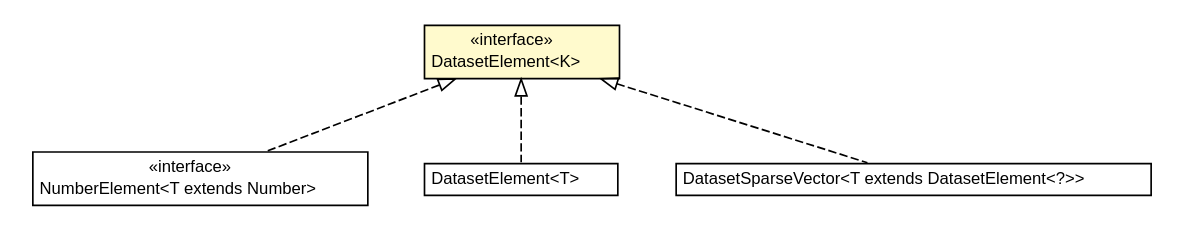
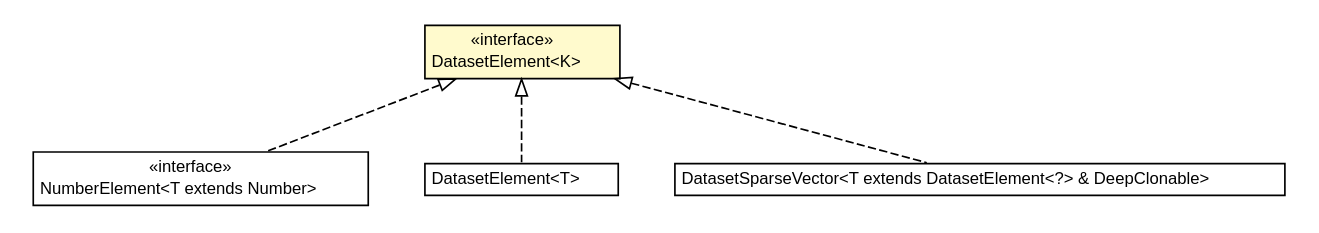
Before and after one commit to UnicaLabs-CS/Foresee: the diagram in docs/it/unica/foresee/datasets/interfaces/DatasetElement.dot, drawn with Graphviz. The commit also changed 200 other files, not shown here.

```diff
--- a/docs/it/unica/foresee/datasets/interfaces/DatasetElement.dot
+++ b/docs/it/unica/foresee/datasets/interfaces/DatasetElement.dot
@@ -1,44 +1,44 @@
 #!/usr/local/bin/dot
 #
 # Class diagram 
 # Generated by UMLGraph version 5.2 (http://www.umlgraph.org/)
 #
 
 digraph G {
 	edge [fontname="Helvetica",fontsize=10,labelfontname="Helvetica",labelfontsize=10];
 	node [fontname="Helvetica",fontsize=10,shape=plaintext];
 	nodesep=0.25;
 	ranksep=0.5;
 	// it.unica.foresee.datasets.interfaces.DatasetElement<K>
-	c699 [label=<<table title="it.unica.foresee.datasets.interfaces.DatasetElement" border="0" cellborder="1" cellspacing="0" cellpadding="2" port="p" bgcolor="lemonChiffon" href="./DatasetElement.html">
+	c862 [label=<<table title="it.unica.foresee.datasets.interfaces.DatasetElement" border="0" cellborder="1" cellspacing="0" cellpadding="2" port="p" bgcolor="lemonChiffon" href="./DatasetElement.html">
 		<tr><td><table border="0" cellspacing="0" cellpadding="1">
 <tr><td align="center" balign="center"> &#171;interface&#187; </td></tr>
 <tr><td align="center" balign="center"> DatasetElement&lt;K&gt; </td></tr>
 		</table></td></tr>
 		</table>>, fontname="Helvetica", fontcolor="black", fontsize=10.0];
 	// it.unica.foresee.datasets.interfaces.NumberElement<T extends java.lang.Number>
-	c702 [label=<<table title="it.unica.foresee.datasets.interfaces.NumberElement" border="0" cellborder="1" cellspacing="0" cellpadding="2" port="p" href="./NumberElement.html">
+	c866 [label=<<table title="it.unica.foresee.datasets.interfaces.NumberElement" border="0" cellborder="1" cellspacing="0" cellpadding="2" port="p" href="./NumberElement.html">
 		<tr><td><table border="0" cellspacing="0" cellpadding="1">
 <tr><td align="center" balign="center"> &#171;interface&#187; </td></tr>
 <tr><td align="center" balign="center"> NumberElement&lt;T extends Number&gt; </td></tr>
 		</table></td></tr>
 		</table>>, fontname="Helvetica", fontcolor="black", fontsize=10.0];
 	// it.unica.foresee.datasets.DatasetElement<T>
-	c707 [label=<<table title="it.unica.foresee.datasets.DatasetElement" border="0" cellborder="1" cellspacing="0" cellpadding="2" port="p" href="../DatasetElement.html">
+	c872 [label=<<table title="it.unica.foresee.datasets.DatasetElement" border="0" cellborder="1" cellspacing="0" cellpadding="2" port="p" href="../DatasetElement.html">
 		<tr><td><table border="0" cellspacing="0" cellpadding="1">
 <tr><td align="center" balign="center"> DatasetElement&lt;T&gt; </td></tr>
 		</table></td></tr>
 		</table>>, fontname="Helvetica", fontcolor="black", fontsize=10.0];
-	// it.unica.foresee.datasets.DatasetSparseVector<T extends it.unica.foresee.datasets.interfaces.DatasetElement<?>>
-	c711 [label=<<table title="it.unica.foresee.datasets.DatasetSparseVector" border="0" cellborder="1" cellspacing="0" cellpadding="2" port="p" href="../DatasetSparseVector.html">
+	// it.unica.foresee.datasets.DatasetSparseVector<T extends it.unica.foresee.datasets.interfaces.DatasetElement<?> & it.unica.foresee.datasets.interfaces.DeepClonable>
+	c876 [label=<<table title="it.unica.foresee.datasets.DatasetSparseVector" border="0" cellborder="1" cellspacing="0" cellpadding="2" port="p" href="../DatasetSparseVector.html">
 		<tr><td><table border="0" cellspacing="0" cellpadding="1">
-<tr><td align="center" balign="center"> DatasetSparseVector&lt;T extends DatasetElement&lt;?&gt;&gt; </td></tr>
+<tr><td align="center" balign="center"> DatasetSparseVector&lt;T extends DatasetElement&lt;?&gt; &amp; DeepClonable&gt; </td></tr>
 		</table></td></tr>
 		</table>>, fontname="Helvetica", fontcolor="black", fontsize=10.0];
 	//it.unica.foresee.datasets.interfaces.NumberElement<T extends java.lang.Number> implements it.unica.foresee.datasets.interfaces.DatasetElement<K>
-	c699:p -> c702:p [dir=back,arrowtail=empty,style=dashed];
+	c862:p -> c866:p [dir=back,arrowtail=empty,style=dashed];
 	//it.unica.foresee.datasets.DatasetElement<T> implements it.unica.foresee.datasets.interfaces.DatasetElement<K>
-	c699:p -> c707:p [dir=back,arrowtail=empty,style=dashed];
-	//it.unica.foresee.datasets.DatasetSparseVector<T extends it.unica.foresee.datasets.interfaces.DatasetElement<?>> implements it.unica.foresee.datasets.interfaces.DatasetElement<K>
-	c699:p -> c711:p [dir=back,arrowtail=empty,style=dashed];
+	c862:p -> c872:p [dir=back,arrowtail=empty,style=dashed];
+	//it.unica.foresee.datasets.DatasetSparseVector<T extends it.unica.foresee.datasets.interfaces.DatasetElement<?> & it.unica.foresee.datasets.interfaces.DeepClonable> implements it.unica.foresee.datasets.interfaces.DatasetElement<K>
+	c862:p -> c876:p [dir=back,arrowtail=empty,style=dashed];
 }
```
